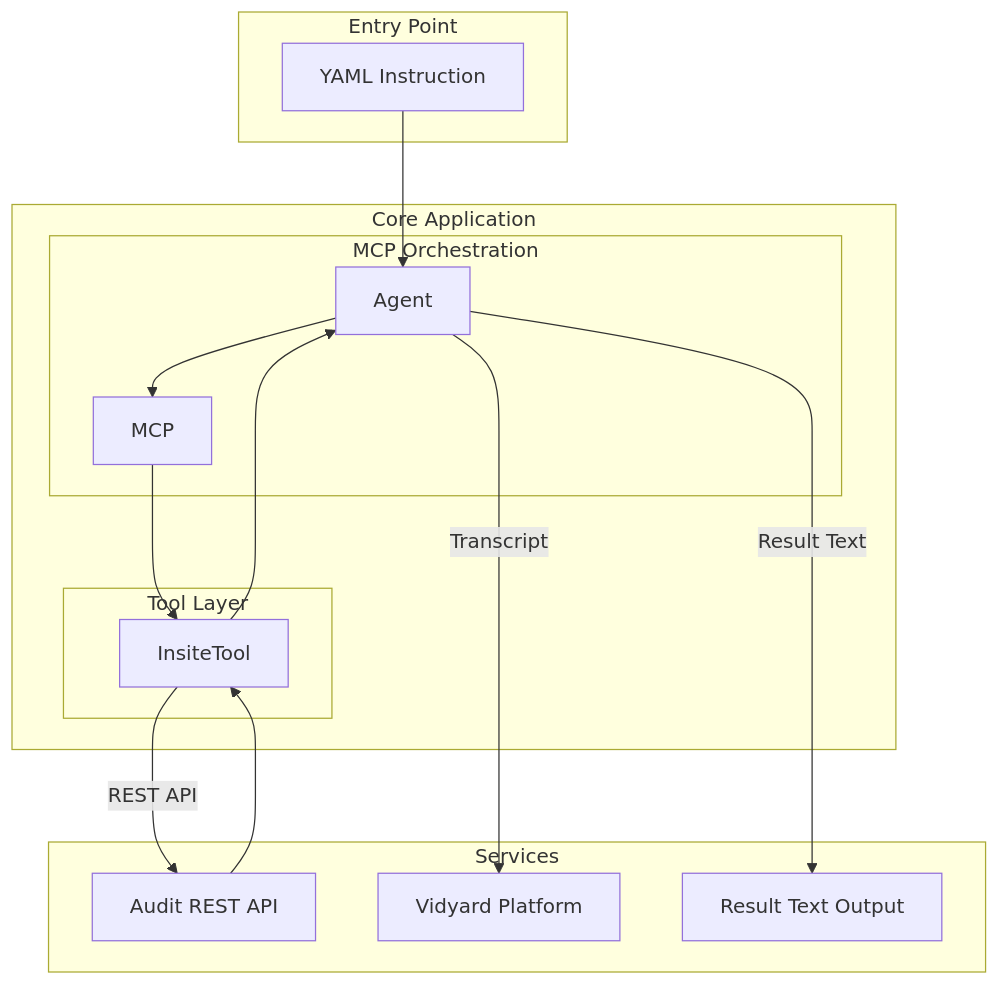
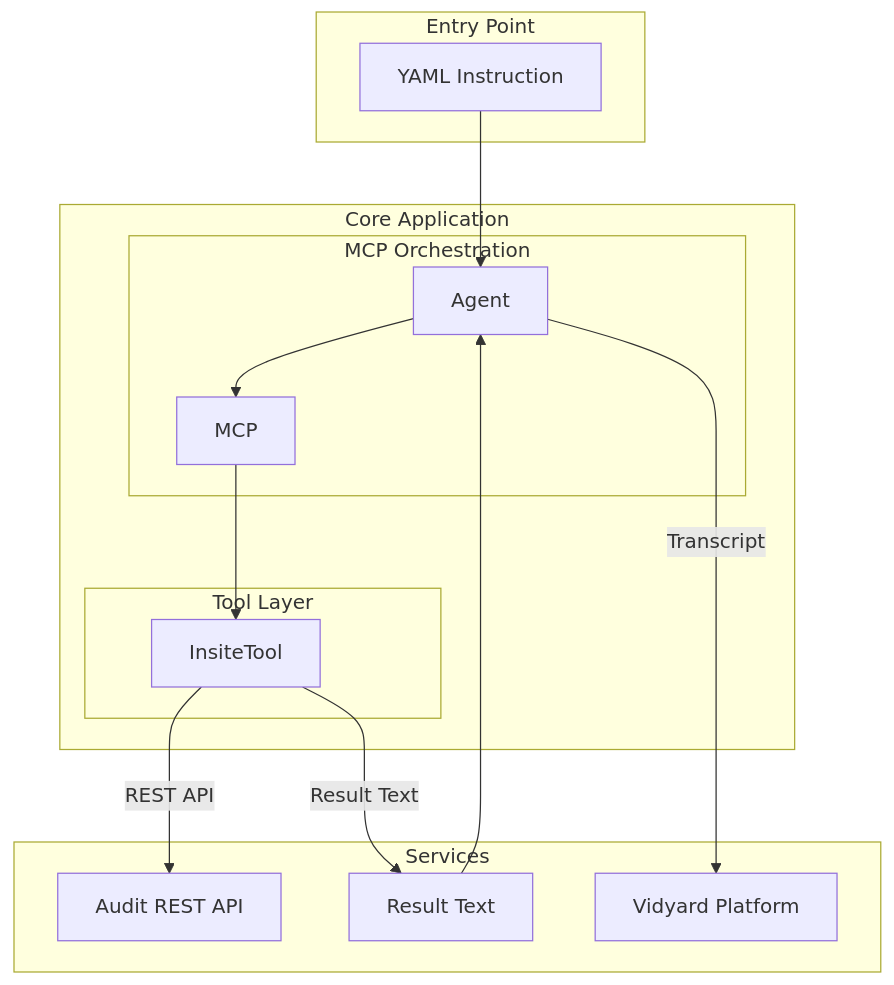
The first of 2 diagrams in README.md (nenavathsuresh/Autogen), drawn with Mermaid before and after one commit.

````diff
--- a/README.md
+++ b/README.md
@@ -47,27 +47,26 @@
 ```mermaid
 graph TD
     subgraph Entry Point
         YAML[YAML Instruction]
     end
 
     subgraph Core Application
         YAML --> Agent
         subgraph MCP Orchestration
             Agent --> MCP
         end
         subgraph Tool Layer
             MCP --> InsiteTool
         end
     end
 
     subgraph Services
         InsiteTool -->|REST API| RESTAPI[Audit REST API]
+        InsiteTool -->|Result Text| ResultText[Result Text]
+        ResultText --> Agent
         Agent -->|Transcript| Vidyard[Vidyard Platform]
-        Agent -->|Result Text| ResultText[Result Text Output]
     end
 
-    %% Response/data flow returns to Agent
-    RESTAPI --> InsiteTool
-    InsiteTool --> Agent
+    %% Data flow: REST API (backend) returns to Insite Tool, which produces Result Text passed to Agent, enabling transcript delivery to Vidyard.
 
 ```
````
